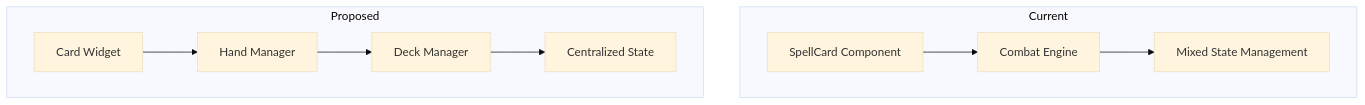
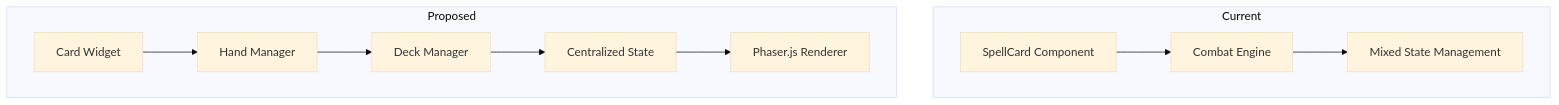
The first of 4 diagrams in docs/refactor/refactorWC-framework.md (magejosh/wizards-choice), drawn with Mermaid (base theme) before and after one commit. The commit also changed other lines of this file, not shown here.

````diff
--- a/docs/refactor/refactorWC-framework.md
+++ b/docs/refactor/refactorWC-framework.md
@@ -8,13 +8,14 @@
 ```mermaid
 flowchart TD
     subgraph Current
         SpellCard[SpellCard Component] --> CombatEngine[Combat Engine]
         CombatEngine --> StateManagement[Mixed State Management]
     end
 
     subgraph Proposed
         CardWidget[Card Widget] --> HandManager[Hand Manager]
         HandManager --> DeckManager[Deck Manager]
         DeckManager --> GameState[Centralized State]
+        GameState --> Renderer[Phaser.js Renderer]
     end
 ```
````
